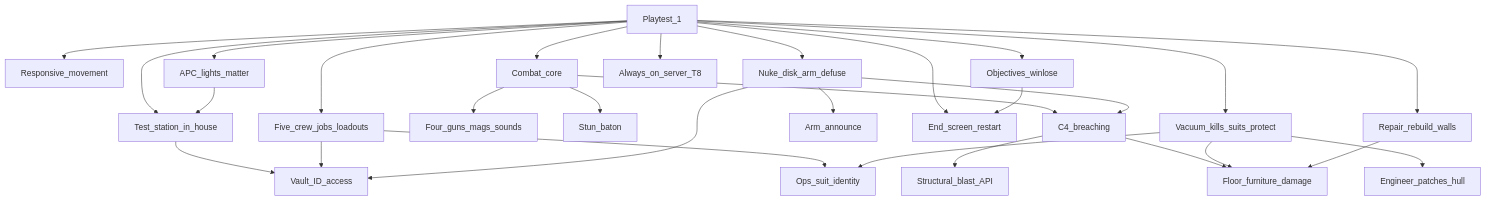
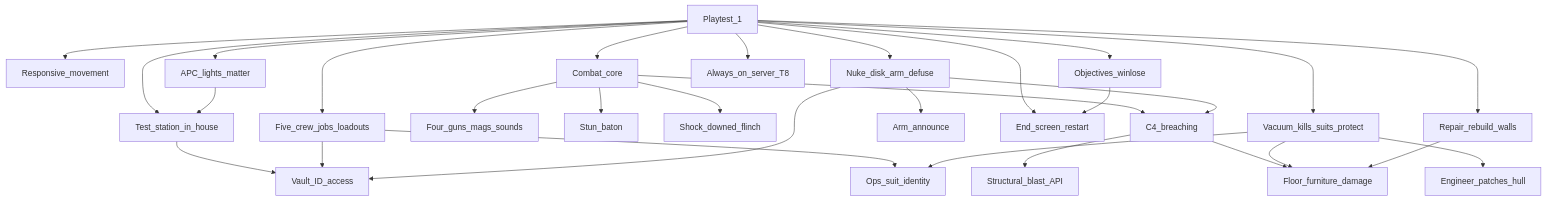
The diagram in Documents/milestones/mvp1-nuke-ops.md (RE-SS3D/SS3D), drawn with Mermaid before and after one commit. The commit also changed other lines of this file and 3 other files, not shown here.

First line of the commit message:
Plan shock and Downed, and add it to MVP1 as slice M1s

````diff
--- a/Documents/milestones/mvp1-nuke-ops.md
+++ b/Documents/milestones/mvp1-nuke-ops.md
@@ -38,53 +39,55 @@
 ```mermaid
 flowchart TB
   mvp1[Playtest_1]
   map[Test_station_in_house]
   roles[Five_crew_jobs_loadouts]
   access[Vault_ID_access]
   identity[Ops_suit_identity]
   move[Responsive_movement]
   combatcore[Combat_core]
   arsenal[Four_guns_mags_sounds]
   baton[Stun_baton]
+  shock[Shock_downed_flinch]
   c4[C4_breaching]
   struct[Structural_blast_API]
   floors[Floor_furniture_damage]
   nuke[Nuke_disk_arm_defuse]
   announce[Arm_announce]
   mode[Objectives_winlose]
   roundend[End_screen_restart]
   vacuum[Vacuum_kills_suits_protect]
   patch[Engineer_patches_hull]
   build[Repair_rebuild_walls]
   power[APC_lights_matter]
   server[Always_on_server_T8]
 
   mvp1 --> map
   mvp1 --> roles
   mvp1 --> move
   mvp1 --> combatcore
   mvp1 --> nuke
   mvp1 --> mode
   mvp1 --> roundend
   mvp1 --> vacuum
   mvp1 --> power
   mvp1 --> server
   map --> access
   roles --> access
   roles --> identity
   combatcore --> arsenal
   combatcore --> baton
   combatcore --> c4
+  combatcore --> shock
   c4 --> struct
   c4 --> floors
   nuke --> access
   nuke --> announce
   nuke --> c4
   mode --> roundend
   vacuum --> floors
   vacuum --> patch
   mvp1 --> build
   build --> floors
   vacuum --> identity
   power --> map
 ```
````
